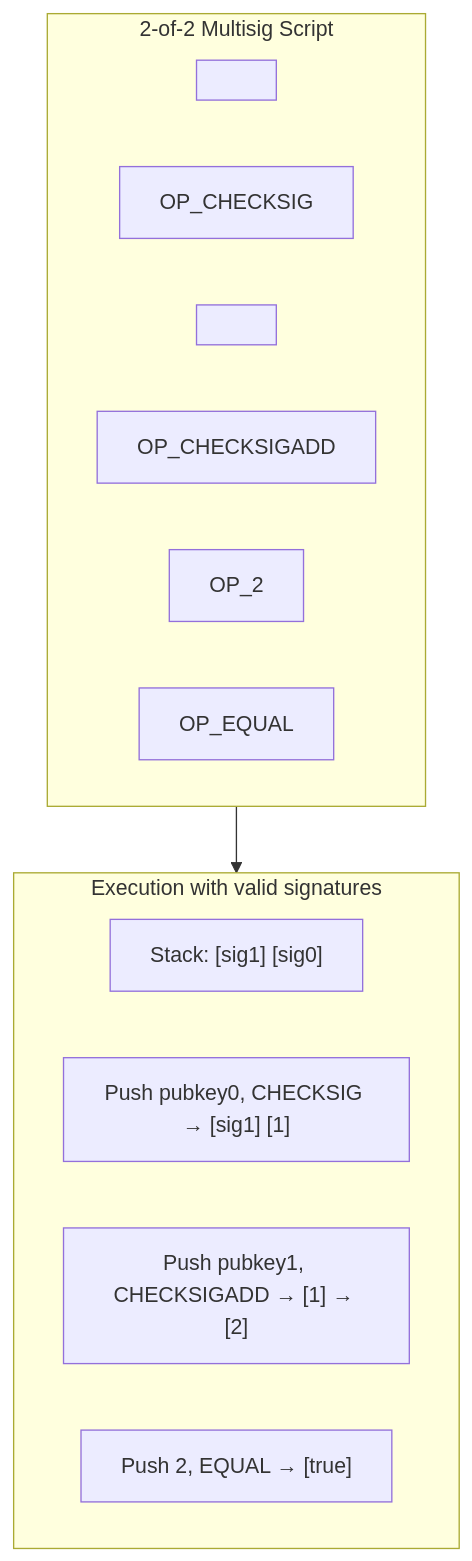
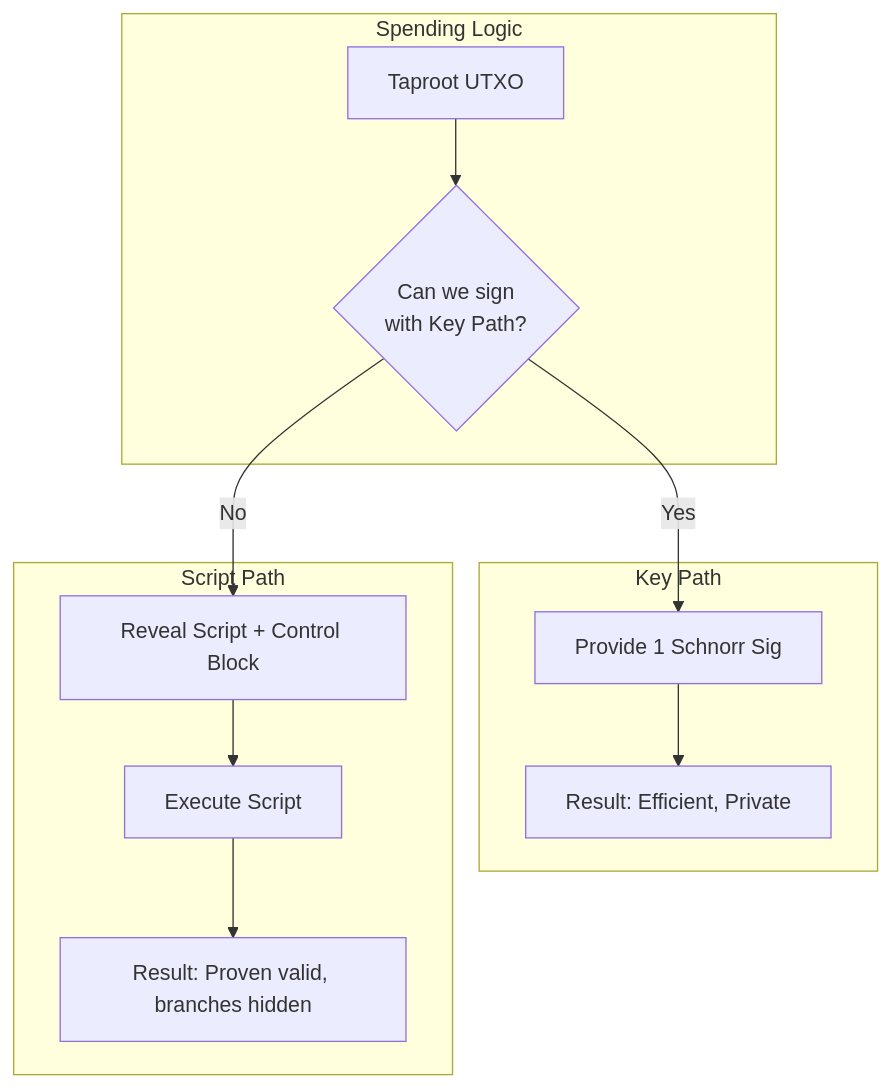
The second of 3 diagrams in src/taproot.md (diegobianqui/BOSS_Syllabus), drawn with Mermaid before and after one commit. The commit also changed other lines of this file and 3 other files, not shown here.

````diff
--- a/src/taproot.md
+++ b/src/taproot.md
@@ -79,20 +64,22 @@
 ```mermaid
 graph TD
-    subgraph Script["2-of-2 Multisig Script"]
-        S1["<pubkey0>"]
-        S2["OP_CHECKSIG"]
-        S3["<pubkey1>"]
-        S4["OP_CHECKSIGADD"]
-        S5["OP_2"]
-        S6["OP_EQUAL"]
+    subgraph Spending["Spending Logic"]
+        UTXO["Taproot UTXO"]
+        CHOICE{Can we sign<br/>with Key Path?}
     end
     
-    subgraph Execution["Execution with valid signatures"]
-        E1["Stack: [sig1] [sig0]"]
-        E2["Push pubkey0, CHECKSIG → [sig1] [1]"]
-        E3["Push pubkey1, CHECKSIGADD → [1] → [2]"]
-        E4["Push 2, EQUAL → [true]"]
+    subgraph KeyPath["Key Path"]
+        SIG["Provide 1 Schnorr Sig"]
+        PRIV["Result: Efficient, Private"]
     end
     
-    Script --> Execution
+    subgraph ScriptPath["Script Path"]
+        REVEAL["Reveal Script + Control Block"]
+        EXEC["Execute Script"]
+        RES["Result: Proven valid, branches hidden"]
+    end
+    
+    UTXO --> CHOICE
+    CHOICE -->|Yes| SIG --> PRIV
+    CHOICE -->|No| REVEAL --> EXEC --> RES
 ```
````
